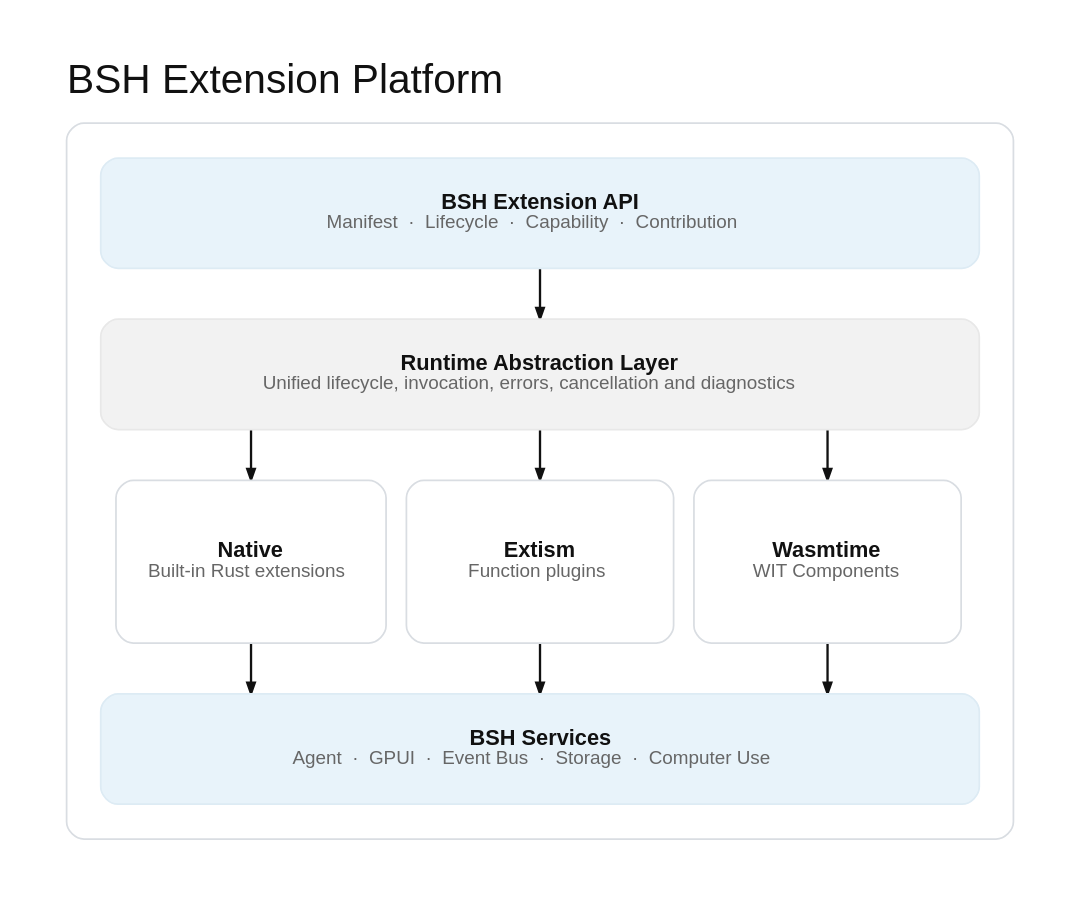
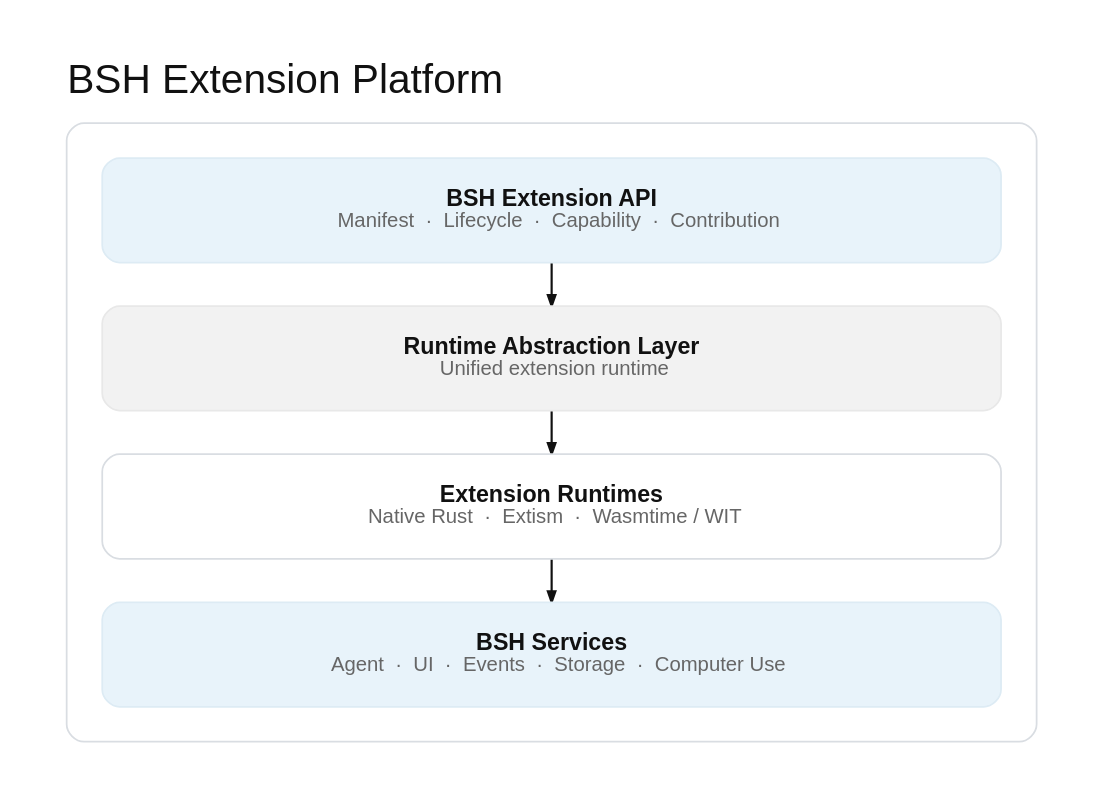
One commit to open1s/bos changed the diagram in docs/diagrams/extension-lifecycle.dot. Above: the diagram before and after it, drawn with Graphviz. The commit also changed 2 other files, not shown here.

Commit message:
Docs/coarse grained architecture diagrams (#86)
* docs: simplify architecture diagram abstraction levels

* docs: simplify architecture diagram abstraction levels

* docs: simplify architecture diagram abstraction levels

```diff
--- a/docs/diagrams/extension-lifecycle.dot
+++ b/docs/diagrams/extension-lifecycle.dot
@@ -1,55 +1,38 @@
 digraph ExtensionPlatform {
   graph [
-    bgcolor="#FFFFFF", pad="0.42", rankdir=TB, nodesep="0.20", ranksep="0.48",
+    bgcolor="#FFFFFF", pad="0.42", rankdir=TB, nodesep="0.24", ranksep="0.42",
     splines=ortho, outputorder=edgesfirst, fontname="Arial",
     label="BSH Extension Platform", labelloc=t, labeljust=l,
     fontsize=28, fontcolor="#111111"
   ];
   node [
     shape=box, style="rounded,filled", fontname="Arial",
-    fontsize=15, margin="0.30,0.22", color="#D9DDE2",
+    fontsize=16, margin="0.32,0.24", color="#D9DDE2",
     fillcolor="#FFFFFF", fontcolor="#111111", penwidth=1.2
   ];
-  edge [color="#111111", penwidth=1.6, arrowsize=0.75, arrowhead=normal];
+  edge [color="#111111", penwidth=1.5, arrowsize=0.75];
 
   subgraph cluster_platform {
     label=""; color="#D9DDE2"; penwidth=1.2; style="rounded"; margin=24;
 
     api [
-      label=<<B>BSH Extension API</B><BR/><FONT POINT-SIZE="13" COLOR="#666666">Manifest  ·  Lifecycle  ·  Capability  ·  Contribution</FONT>>,
-      fillcolor="#E8F3FA", color="#DDEBF4", width=8.4, height=1.05
+      label=<<B>BSH Extension API</B><BR/><FONT POINT-SIZE="14" COLOR="#666666">Manifest  ·  Lifecycle  ·  Capability  ·  Contribution</FONT>>,
+      fillcolor="#E8F3FA", color="#DDEBF4", width=8.6, height=1.0
+    ];
+    runtime [
+      label=<<B>Runtime Abstraction Layer</B><BR/><FONT POINT-SIZE="14" COLOR="#666666">Unified extension runtime</FONT>>,
+      fillcolor="#F2F2F2", color="#E8E8E8", width=8.6, height=1.0
     ];
 
-    runtime [
-      label=<<B>Runtime Abstraction Layer</B><BR/><FONT POINT-SIZE="13" COLOR="#666666">Unified lifecycle, invocation, errors, cancellation and diagnostics</FONT>>,
-      fillcolor="#F2F2F2", color="#E8E8E8", width=8.4, height=1.05
+    implementations [
+      label=<<B>Extension Runtimes</B><BR/><FONT POINT-SIZE="14" COLOR="#666666">Native Rust  ·  Extism  ·  Wasmtime / WIT</FONT>>,
+      width=8.6, height=1.0
+    ];
+    services [
+      label=<<B>BSH Services</B><BR/><FONT POINT-SIZE="14" COLOR="#666666">Agent  ·  UI  ·  Events  ·  Storage  ·  Computer Use</FONT>>,
+      fillcolor="#E8F3FA", color="#DDEBF4", width=8.6, height=1.0
     ];
 
-    native [
-      label=<<B>Native</B><BR/><FONT POINT-SIZE="13" COLOR="#666666">Built-in Rust extensions</FONT>>,
-      width=2.55, height=1.55
-    ];
-    extism [
-      label=<<B>Extism</B><BR/><FONT POINT-SIZE="13" COLOR="#666666">Function plugins</FONT>>,
-      width=2.55, height=1.55
-    ];
-    wasmtime [
-      label=<<B>Wasmtime</B><BR/><FONT POINT-SIZE="13" COLOR="#666666">WIT Components</FONT>>,
-      width=2.55, height=1.55
-    ];
-
-    services [
-      label=<<B>BSH Services</B><BR/><FONT POINT-SIZE="13" COLOR="#666666">Agent  ·  GPUI  ·  Event Bus  ·  Storage  ·  Computer Use</FONT>>,
-      fillcolor="#E8F3FA", color="#DDEBF4", width=8.4, height=1.05
-    ];
-
-    {rank=same; native; extism; wasmtime;}
-    api -> runtime;
-    runtime -> native;
-    runtime -> extism;
-    runtime -> wasmtime;
-    native -> services;
-    extism -> services;
-    wasmtime -> services;
+    api -> runtime -> implementations -> services;
   }
 }
```
